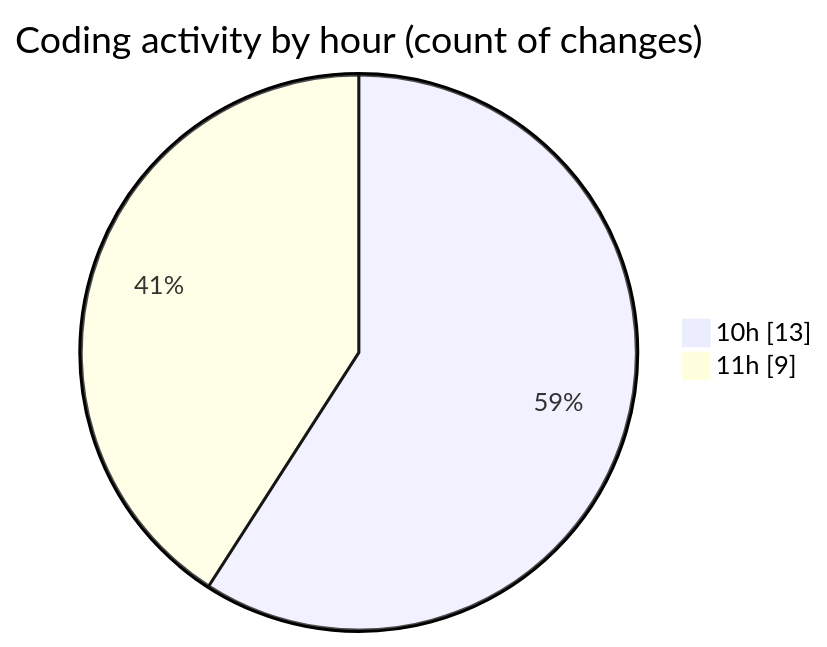
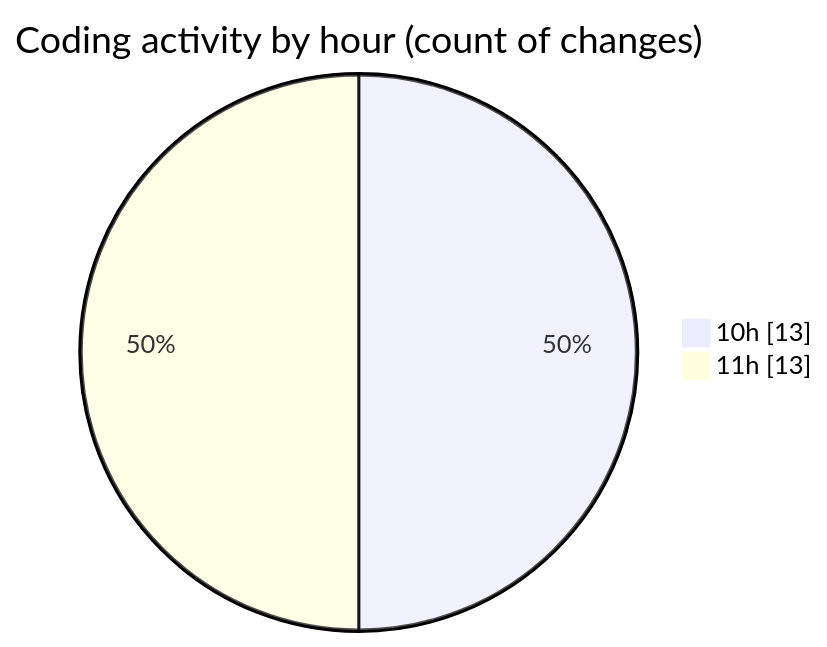
One commit to momahboobian/code-tracking changed the second of 2 diagrams in 2025-05-27/cda/README.md. Above: the diagram before and after it, drawn with Mermaid. The commit also changed other lines of this file and 1 other file, not shown here.

````diff
--- a/2025-05-27/cda/README.md
+++ b/2025-05-27/cda/README.md
@@ -38,6 +38,6 @@
 ```mermaid
 pie showData
 title Coding activity by hour (count of changes)
 "10h" : 13
-"11h" : 9
+"11h" : 13
 ```
````
